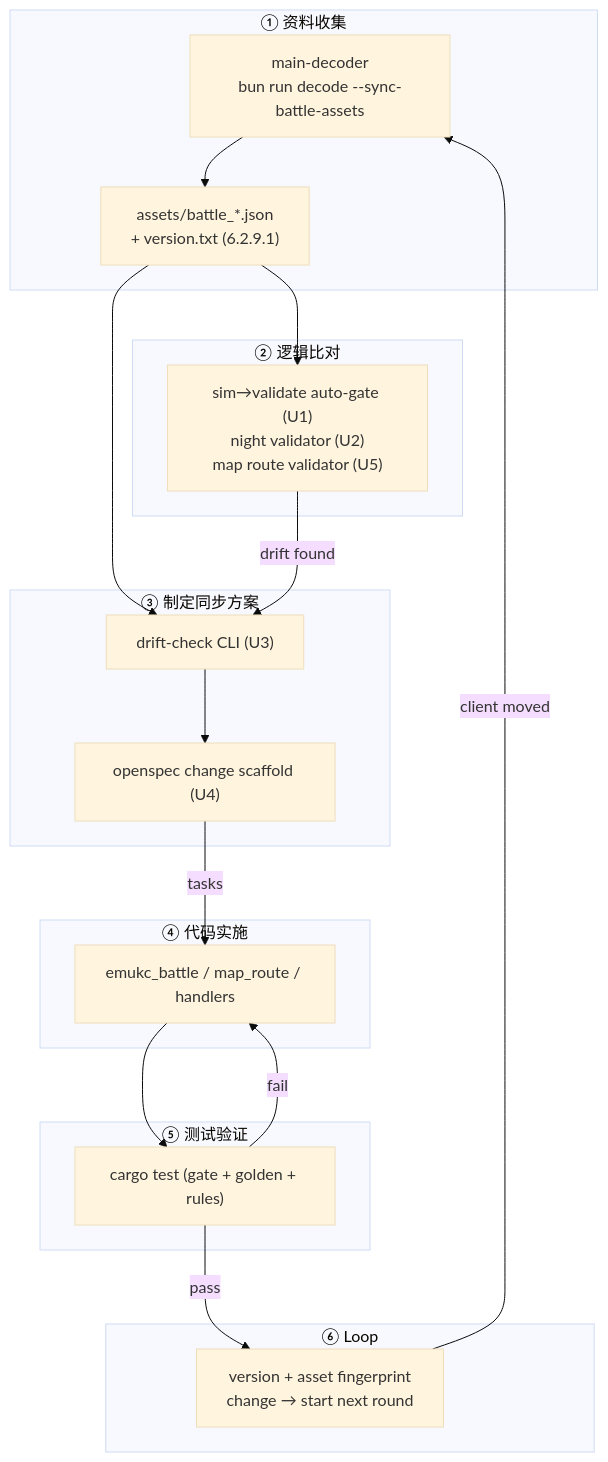
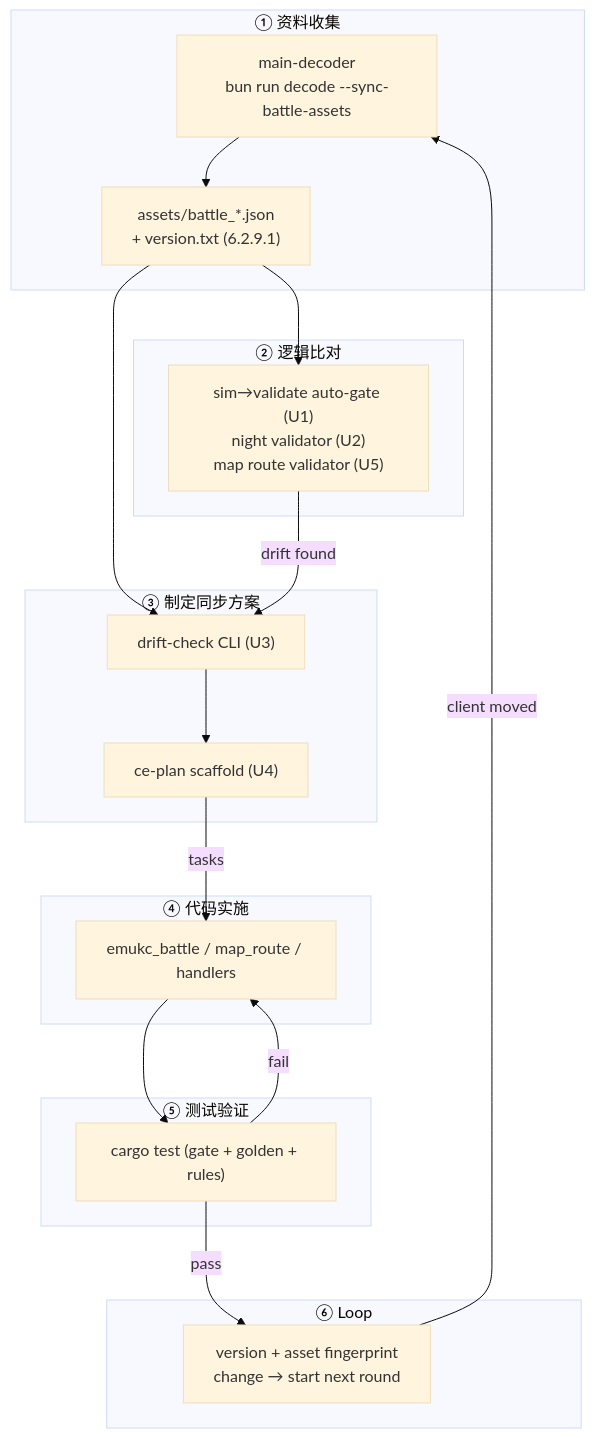
Before and after one commit to master-g/emukc: the first of 2 diagrams in docs/plans/2026-06-15-002-feat-battle-map-client-sync-loop-plan.md, drawn with Mermaid (base theme). The commit also changed other lines of this file, not shown here.

First line of the commit message:
docs(plans): repoint client-sync U4 scaffold from openspec to ce-plan

````diff
--- a/docs/plans/2026-06-15-002-feat-battle-map-client-sync-loop-plan.md
+++ b/docs/plans/2026-06-15-002-feat-battle-map-client-sync-loop-plan.md
@@ -76,39 +76,39 @@
 ```mermaid
 flowchart TB
   subgraph Collect["① 资料收集"]
     decode["main-decoder<br/>bun run decode --sync-battle-assets"]
     assets["assets/battle_*.json<br/>+ version.txt (6.2.9.1)"]
     decode --> assets
   end
 
   subgraph Compare["② 逻辑比对"]
     gate["sim→validate auto-gate (U1)<br/>night validator (U2)<br/>map route validator (U5)"]
   end
 
   subgraph Sync["③ 制定同步方案"]
     drift["drift-check CLI (U3)"]
-    spec["openspec change scaffold (U4)"]
+    spec["ce-plan scaffold (U4)"]
     drift --> spec
   end
 
   subgraph Impl["④ 代码实施"]
     code["emukc_battle / map_route / handlers"]
   end
 
   subgraph Validate["⑤ 测试验证"]
     tests["cargo test (gate + golden + rules)"]
   end
 
   subgraph LoopTrigger["⑥ Loop"]
     trig["version + asset fingerprint<br/>change → start next round"]
   end
 
   assets --> gate
   assets --> drift
   gate -->|drift found| drift
   spec -->|tasks| code
   code --> tests
   tests -->|fail| code
   tests -->|pass| trig
   trig -->|client moved| decode
 ```
````
